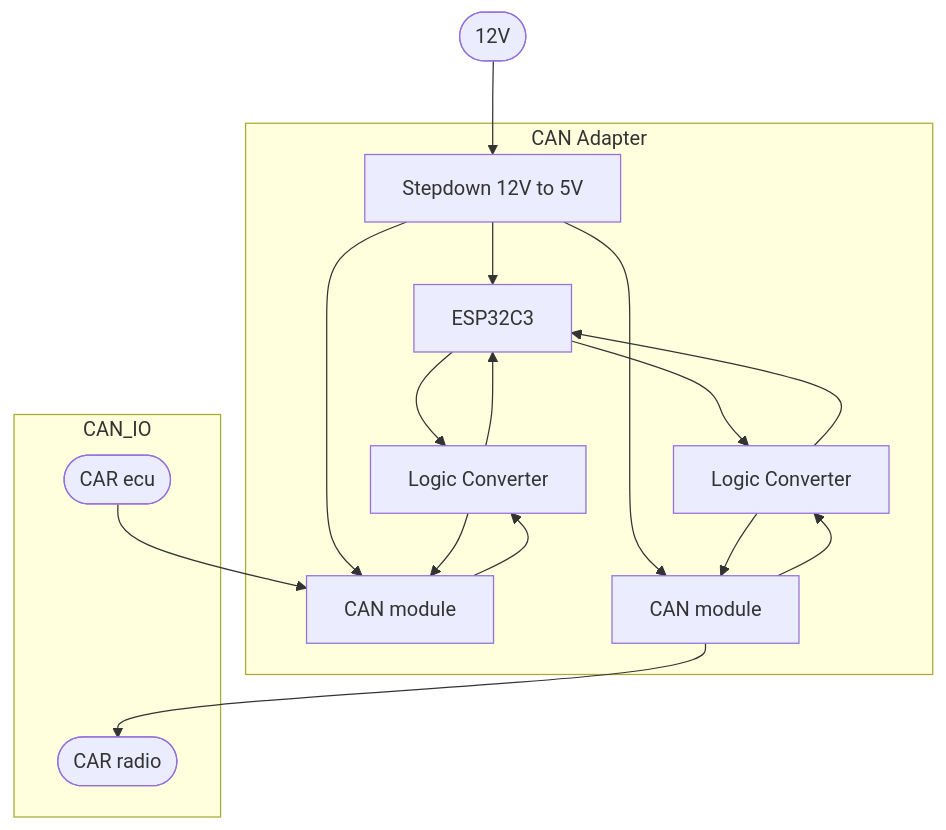
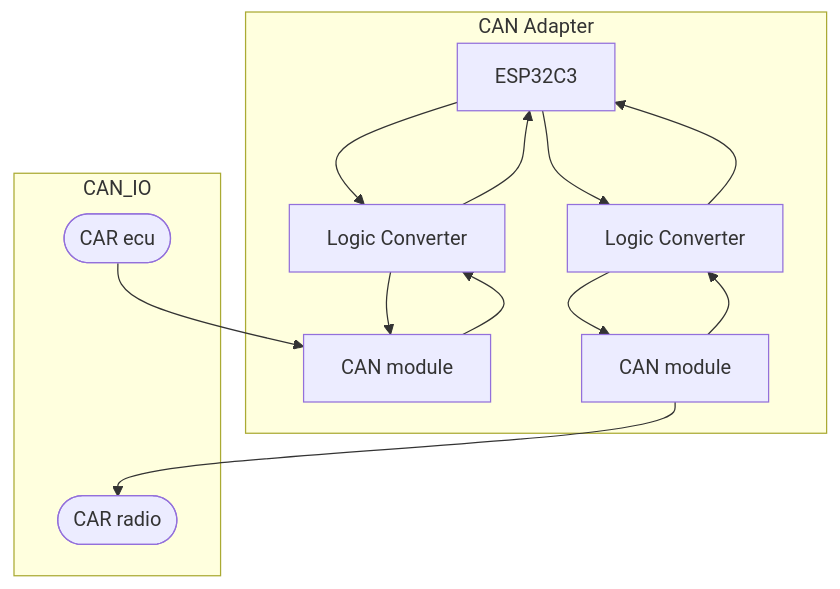
Before and after one commit to Wojtechos/CAN_VWTP_ADAPTER: the diagram in README.md, drawn with Mermaid.

````diff
--- a/README.md
+++ b/README.md
@@ -15,30 +15,24 @@
 ```mermaid
   flowchart TD
-    Power(["12V"])
     subgraph CAN Adapter
-      Stepdown["Stepdown 12V to 5V"]
       MCU["ESP32C3"]
       LOGCONV1["Logic Converter"]
       LOGCONV2["Logic Converter"]
       CANMOD1["CAN module"]
       CANMOD2["CAN module"] 
     end
     subgraph CAN_IO
       RADIO(["CAR radio"])
       ECU(["CAR ecu"])
     end
-    Power --> Stepdown
-    Stepdown --> MCU
-    Stepdown --> CANMOD1
-    Stepdown --> CANMOD2
     MCU --> LOGCONV1
     MCU --> LOGCONV2
     LOGCONV1 --> CANMOD1 
     LOGCONV2 --> CANMOD2
     ECU --> CANMOD1 
     CANMOD2 --> RADIO
     LOGCONV1 --> MCU
     LOGCONV2 --> MCU
     CANMOD1 --> LOGCONV1
     CANMOD2 --> LOGCONV2
 ```
````
